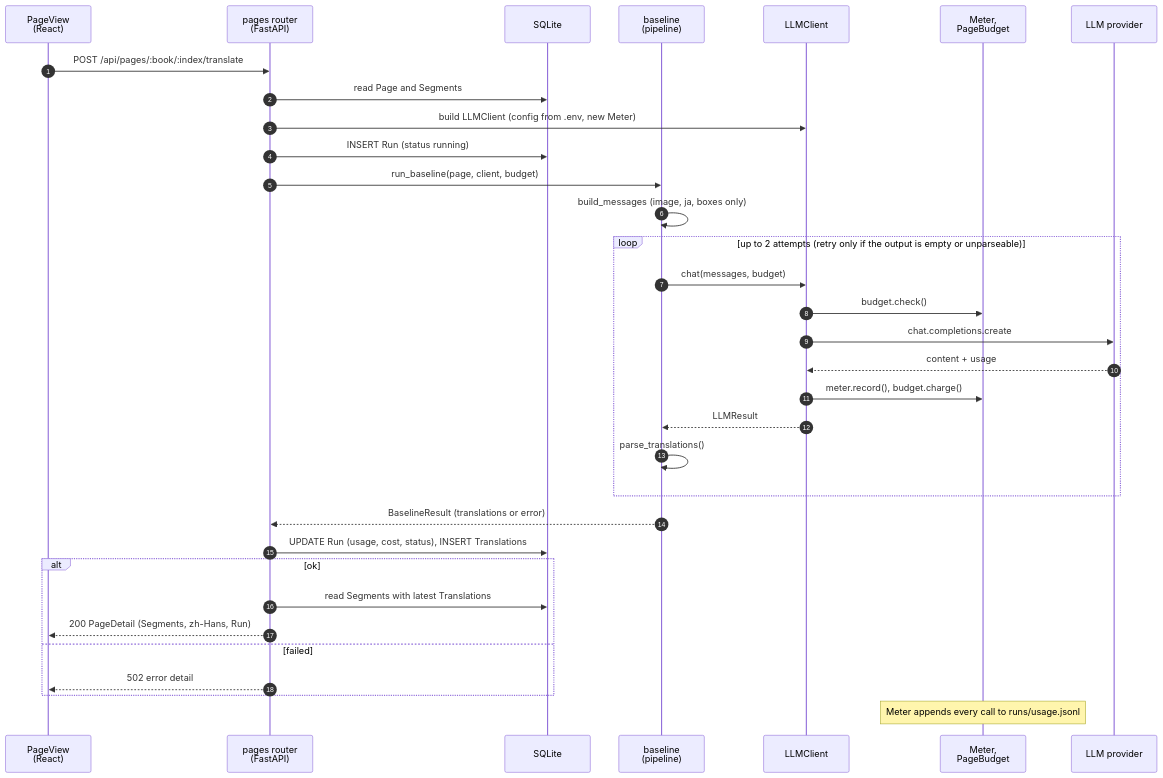
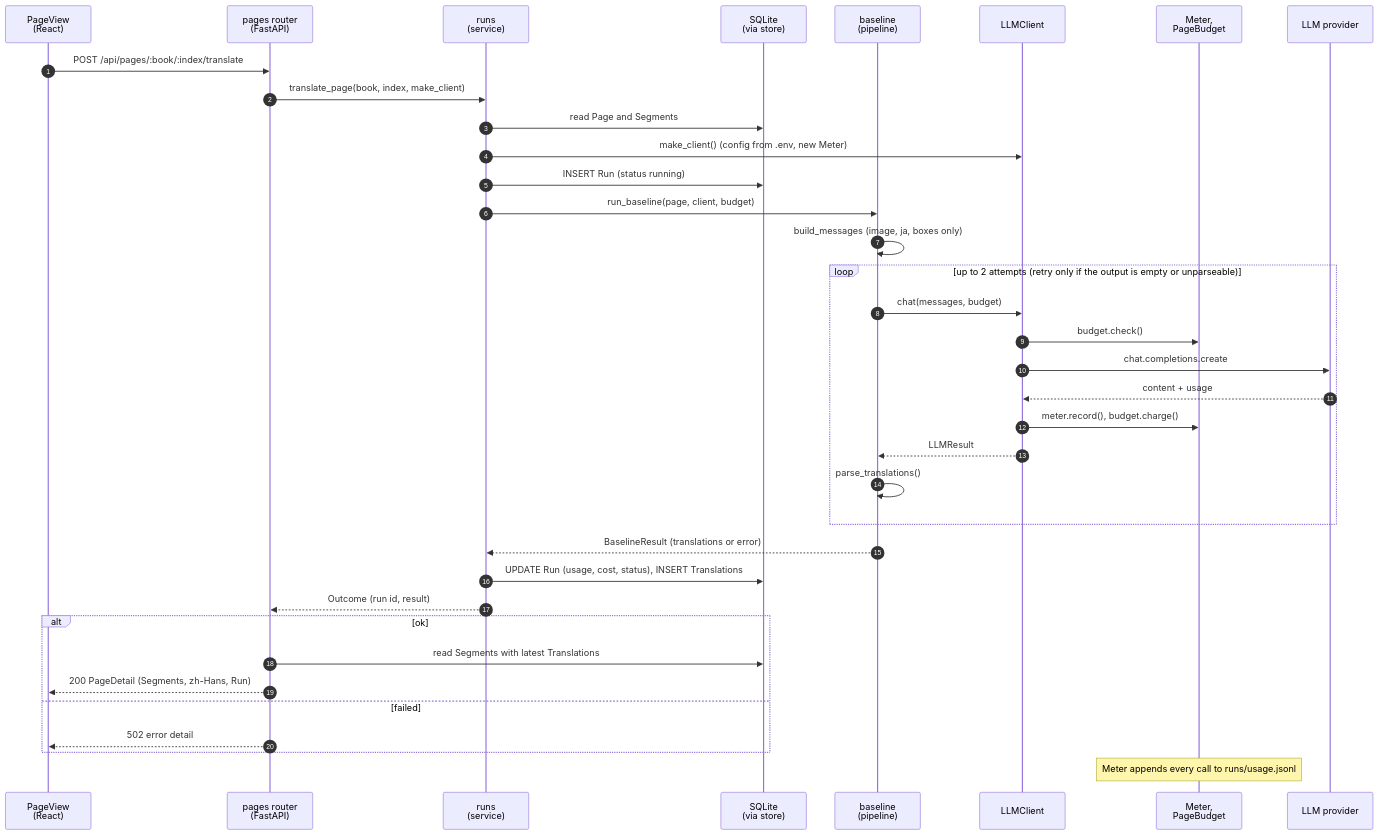
Before and after one commit to EUVUD/Fukidashi: the third of 5 diagrams in docs/design.md, drawn with Mermaid. The commit also changed other lines of this file and 6 other files, not shown here.

First line of the commit message:
Extract runs service and store from the API router

````diff
--- a/docs/design.md
+++ b/docs/design.md
@@ -96,36 +96,39 @@
 ```mermaid
 sequenceDiagram
     autonumber
     participant V as PageView<br/>(React)
     participant R as pages router<br/>(FastAPI)
-    participant D as SQLite
+    participant U as runs<br/>(service)
+    participant D as SQLite<br/>(via store)
     participant B as baseline<br/>(pipeline)
     participant C as LLMClient
     participant G as Meter,<br/>PageBudget
     participant M as LLM provider
 
     V->>R: POST /api/pages/:book/:index/translate
-    R->>D: read Page and Segments
-    R->>C: build LLMClient (config from .env, new Meter)
-    R->>D: INSERT Run (status running)
-    R->>B: run_baseline(page, client, budget)
+    R->>U: translate_page(book, index, make_client)
+    U->>D: read Page and Segments
+    U->>C: make_client() (config from .env, new Meter)
+    U->>D: INSERT Run (status running)
+    U->>B: run_baseline(page, client, budget)
     B->>B: build_messages (image, ja, boxes only)
     loop up to 2 attempts (retry only if the output is empty or unparseable)
         B->>C: chat(messages, budget)
         C->>G: budget.check()
         C->>M: chat.completions.create
         M-->>C: content + usage
         C->>G: meter.record(), budget.charge()
         C-->>B: LLMResult
         B->>B: parse_translations()
     end
-    B-->>R: BaselineResult (translations or error)
-    R->>D: UPDATE Run (usage, cost, status), INSERT Translations
+    B-->>U: BaselineResult (translations or error)
+    U->>D: UPDATE Run (usage, cost, status), INSERT Translations
+    U-->>R: Outcome (run id, result)
     alt ok
         R->>D: read Segments with latest Translations
         R-->>V: 200 PageDetail (Segments, zh-Hans, Run)
     else failed
         R-->>V: 502 error detail
     end
     Note over G: Meter appends every call to runs/usage.jsonl
 ```
````
